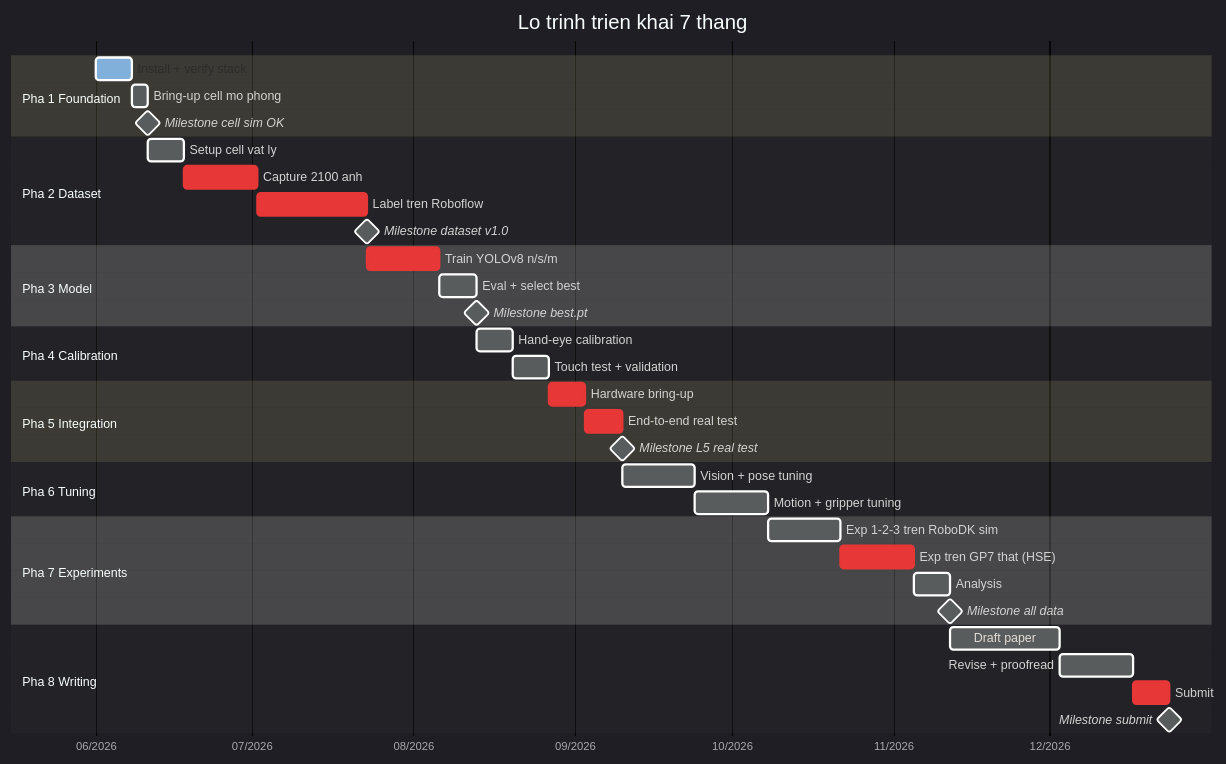
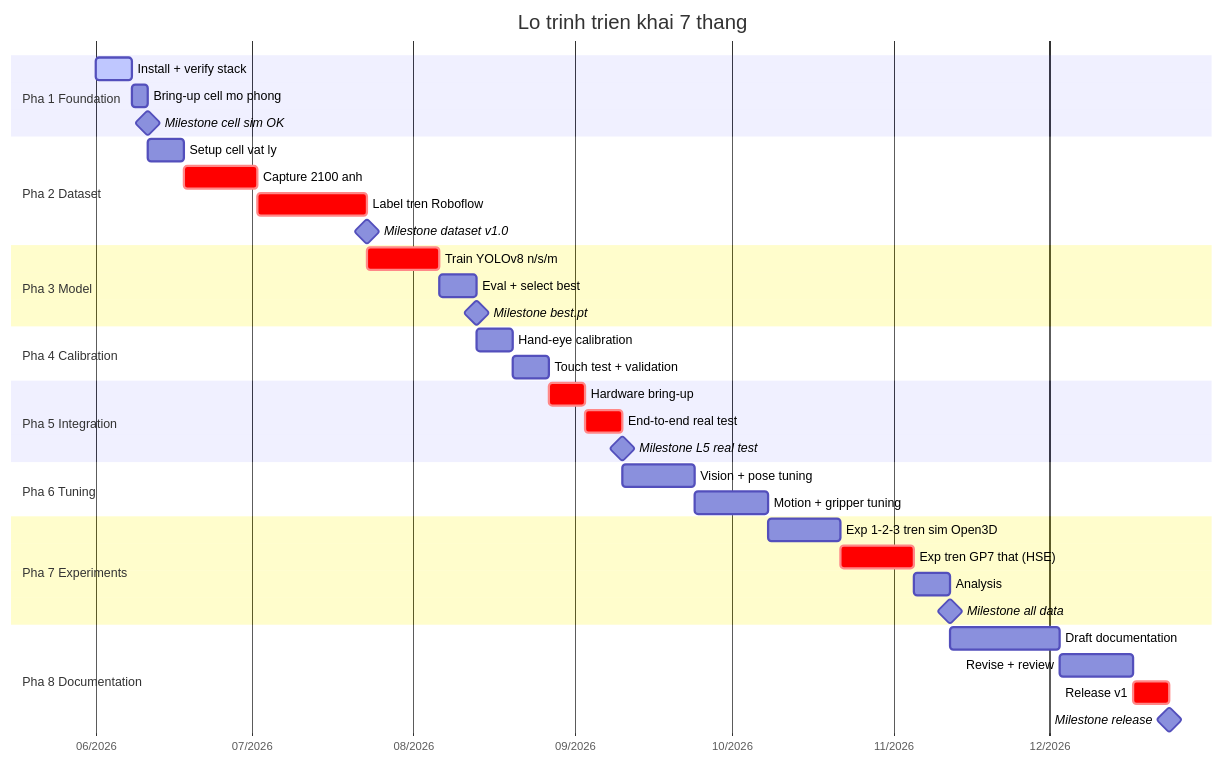
Diagram 14 of 14 in docs/phat_bieu_bai_toan_v3_2_HD.md (manhhv87/DTwinGP7), drawn with Mermaid before and after one commit. The commit also changed other lines of this file and 54 other files, not shown here.

````diff
--- a/docs/phat_bieu_bai_toan_v3_2_HD.md
+++ b/docs/phat_bieu_bai_toan_v3_2_HD.md
@@ -923,48 +1506,47 @@
 ```mermaid
-%%{init: {'theme':'dark'}}%%
 gantt
     title Lo trinh trien khai 7 thang
     dateFormat YYYY-MM-DD
     axisFormat %m/%Y
 
     section Pha 1 Foundation
     Install + verify stack                 :active, p1a, 2026-06-01, 7d
     Bring-up cell mo phong                 :p1b, after p1a, 3d
     Milestone cell sim OK                  :milestone, m1, after p1b, 0d
 
     section Pha 2 Dataset
     Setup cell vat ly                      :p2a, after p1b, 7d
     Capture 2100 anh                       :crit, p2b, after p2a, 14d
     Label tren Roboflow                    :crit, p2c, after p2b, 21d
     Milestone dataset v1.0                 :milestone, m2, after p2c, 0d
 
     section Pha 3 Model
     Train YOLOv8 n/s/m                     :crit, p3a, after p2c, 14d
     Eval + select best                     :p3b, after p3a, 7d
     Milestone best.pt                      :milestone, m3, after p3b, 0d
 
     section Pha 4 Calibration
     Hand-eye calibration                   :p4a, after p3b, 7d
     Touch test + validation                :p4b, after p4a, 7d
 
     section Pha 5 Integration
     Hardware bring-up                      :crit, p5a, after p4b, 7d
     End-to-end real test                   :crit, p5b, after p5a, 7d
     Milestone L5 real test                 :milestone, m5, after p5b, 0d
 
     section Pha 6 Tuning
     Vision + pose tuning                   :p6a, after p5b, 14d
     Motion + gripper tuning                :p6b, after p6a, 14d
 
     section Pha 7 Experiments
-    Exp 1-2-3 tren RoboDK sim              :p7a, after p6b, 14d
+    Exp 1-2-3 tren sim Open3D              :p7a, after p6b, 14d
     Exp tren GP7 that (HSE)                :crit, p7b, after p7a, 14d
     Analysis                               :p7c, after p7b, 7d
     Milestone all data                     :milestone, m7, after p7c, 0d
 
-    section Pha 8 Writing
-    Draft paper                            :p8a, after p7c, 21d
-    Revise + proofread                     :p8b, after p8a, 14d
-    Submit                                 :crit, p8c, after p8b, 7d
-    Milestone submit                       :milestone, m8, after p8c, 0d
+    section Pha 8 Documentation
+    Draft documentation                    :p8a, after p7c, 21d
+    Revise + review                        :p8b, after p8a, 14d
+    Release v1                             :crit, p8c, after p8b, 7d
+    Milestone release                      :milestone, m8, after p8c, 0d
 ```
````
